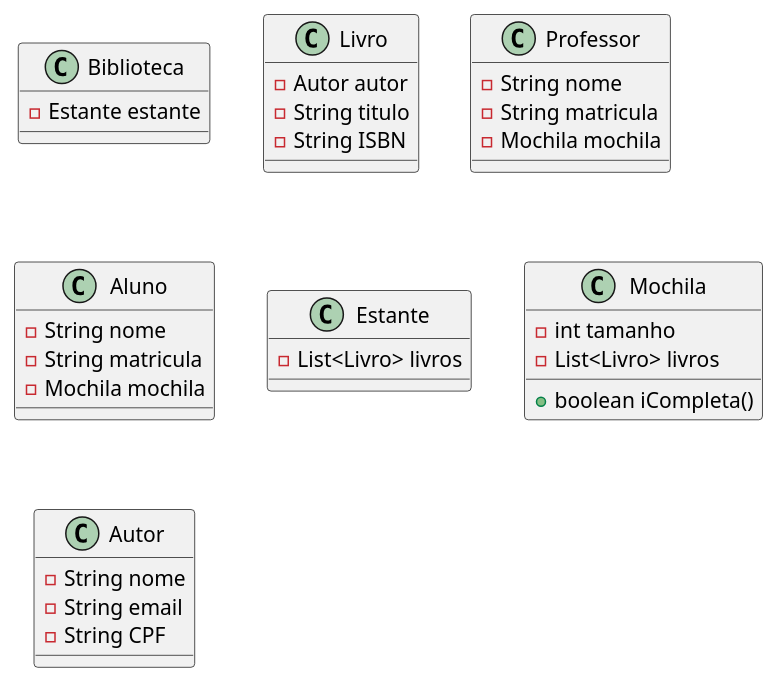
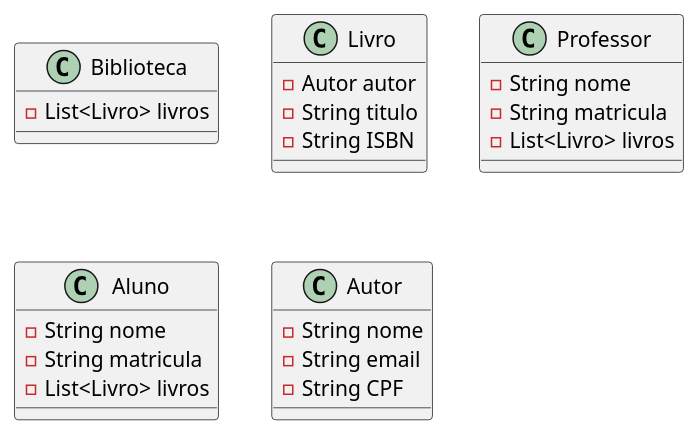
The diagram in posts/exercicios/06_exercicio_emprestimo_livro.md (20231-ifba-saj-ads-poo/blog-material-aula), drawn with PlantUML before and after one commit. The commit also changed other lines of this file, not shown here.

````diff
--- a/posts/exercicios/06_exercicio_emprestimo_livro.md
+++ b/posts/exercicios/06_exercicio_emprestimo_livro.md
@@ -27,37 +27,29 @@
 ```plantuml
 @startuml
 class Biblioteca{    
-    - Estante estante
+    - List<Livro> livros
 }
 class Livro{
     - Autor autor
     - String titulo
     - String ISBN
 }
 class Professor{
     - String nome
     - String matricula
-    - Mochila mochila
+    - List<Livro> livros
 }
 class Aluno{
     - String nome
     - String matricula
-    - Mochila mochila
-}
-class Estante{
     - List<Livro> livros
-}
-class Mochila{
-    - int tamanho
-    - List<Livro> livros
-    + boolean iCompleta()
 }
 
 class Autor {
     - String nome
     - String email
     - String CPF
 }
 @enduml
 
 ```
````
